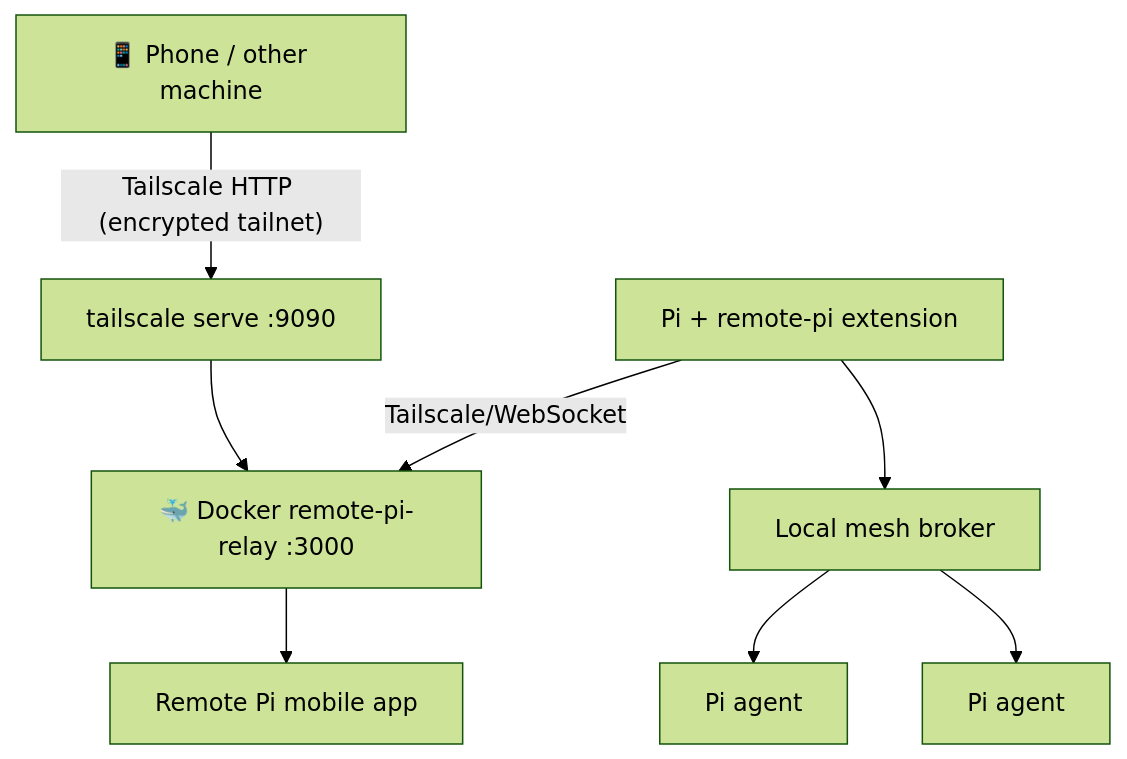
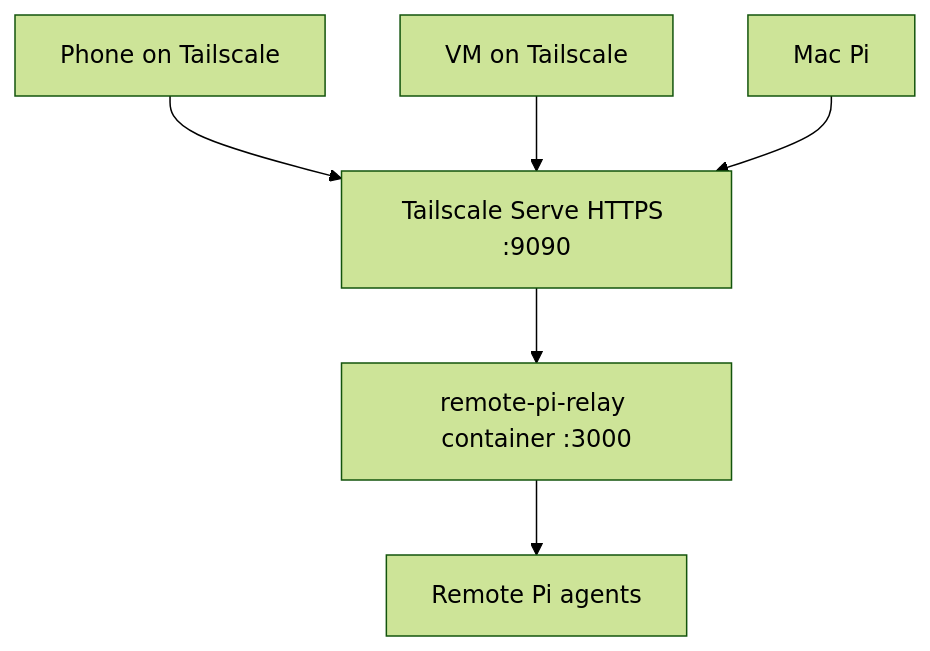
The diagram in pi/remote-pi/setup.md (quickcall-dev/all-configs), drawn with Mermaid (forest theme) before and after one commit. The commit also changed other lines of this file, not shown here.

Commit message:
docs: update remote pi tailscale relay setup

````diff
--- a/pi/remote-pi/setup.md
+++ b/pi/remote-pi/setup.md
@@ -14,10 +16,8 @@
 ```mermaid
 graph TD
-    phone[📱 Phone / other machine] -- Tailscale HTTP (encrypted tailnet) --> serve[tailscale serve :9090]
-    serve --> relay[🐳 Docker remote-pi-relay :3000]
-    pi[Pi + remote-pi extension] -- Tailscale/WebSocket --> relay
-    relay --> app[Remote Pi mobile app]
-    pi --> broker[Local mesh broker]
-    broker --> agent1[Pi agent]
-    broker --> agent2[Pi agent]
+    phone[Phone on Tailscale] --> serve[Tailscale Serve HTTPS :9090]
+    vm[VM on Tailscale] --> serve
+    macpi[Mac Pi] --> serve
+    serve --> relay[remote-pi-relay container :3000]
+    relay --> agents[Remote Pi agents]
 ```
````
